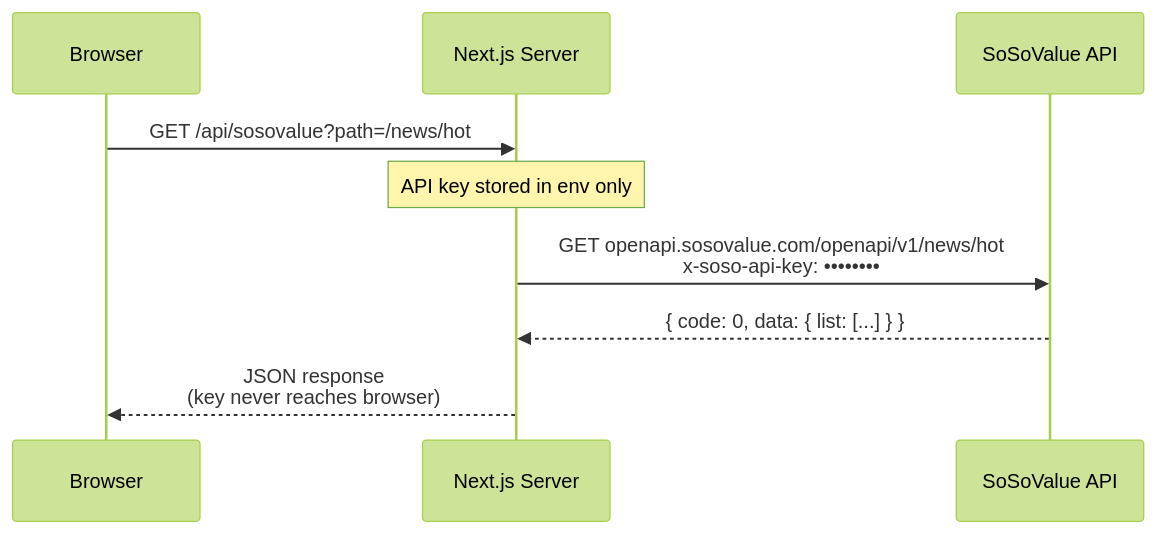
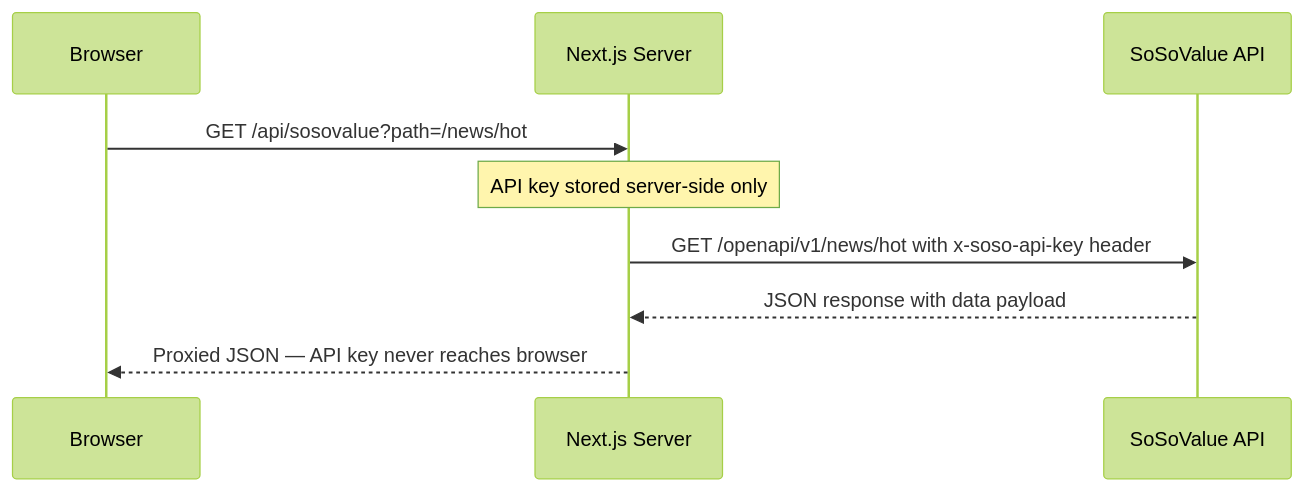
Before and after one commit to fourWayz/soso-analyst: the fifth of 5 diagrams in README.md, drawn with Mermaid (forest theme). The commit also changed other lines of this file, not shown here.

First line of the commit message:
Refine README.md for API and flow descriptions

````diff
--- a/README.md
+++ b/README.md
@@ -130,12 +148,12 @@
 ```mermaid
 sequenceDiagram
     participant B as Browser
     participant N as Next.js Server
     participant S as SoSoValue API
 
     B->>N: GET /api/sosovalue?path=/news/hot
-    Note over N: API key stored in env only
-    N->>S: GET openapi.sosovalue.com/openapi/v1/news/hot<br/>x-soso-api-key: ••••••••
-    S-->>N: { code: 0, data: { list: [...] } }
-    N-->>B: JSON response<br/>(key never reaches browser)
+    Note over N: API key stored server-side only
+    N->>S: GET /openapi/v1/news/hot with x-soso-api-key header
+    S-->>N: JSON response with data payload
+    N-->>B: Proxied JSON — API key never reaches browser
 ```
````
